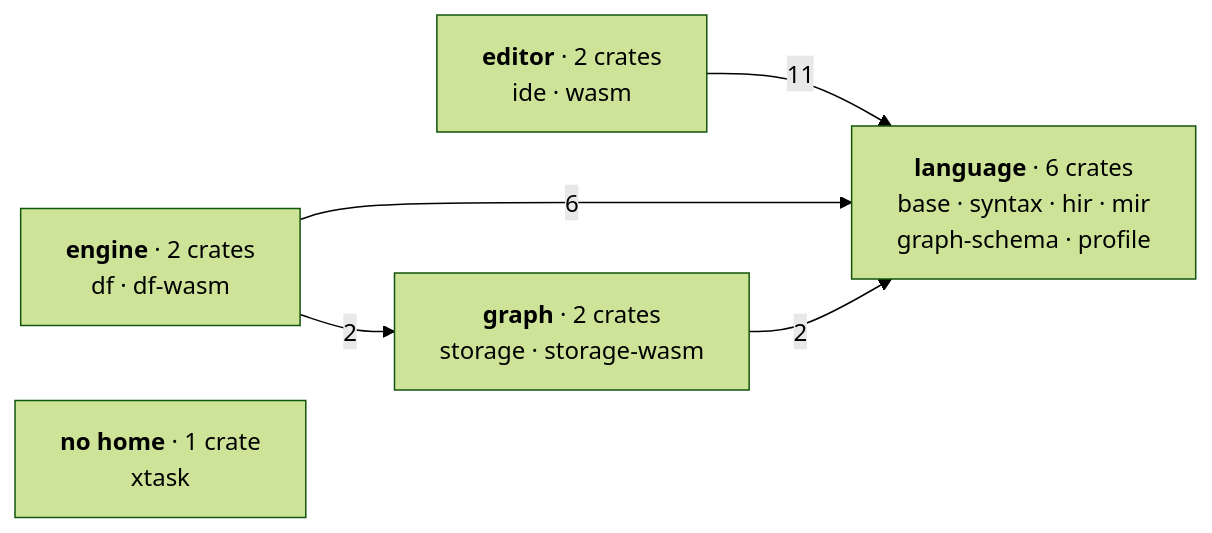
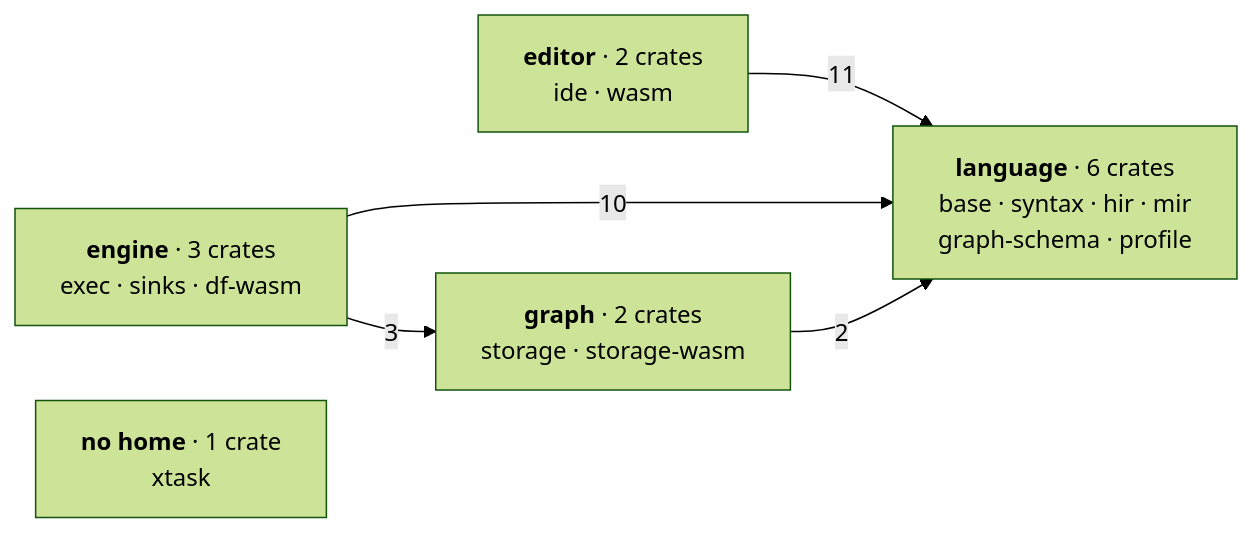
One commit to Kanzo-Tech/fossil-lang changed the diagram in docs/content/docs/(root)/architecture.mdx. Above: the diagram before and after it, drawn with Mermaid (forest theme). The commit also changed other lines of this file and 131 other files, not shown here.

````diff
--- a/docs/content/docs/(root)/architecture.mdx
+++ b/docs/content/docs/(root)/architecture.mdx
@@ -97,13 +97,13 @@
 ```mermaid
 graph LR
   L["<b>language</b> · 6 crates<br/>base · syntax · hir · mir<br/>graph-schema · profile"]
   E["<b>editor</b> · 2 crates<br/>ide · wasm"]
-  M["<b>engine</b> · 2 crates<br/>df · df-wasm"]
+  M["<b>engine</b> · 3 crates<br/>exec · sinks · df-wasm"]
   C["<b>graph</b> · 2 crates<br/>storage · storage-wasm"]
   X["<b>no home</b> · 1 crate<br/>xtask"]
 
   E -->|11| L
-  M -->|6| L
-  M -->|2| C
+  M -->|10| L
+  M -->|3| C
   C -->|2| L
 ```
````
